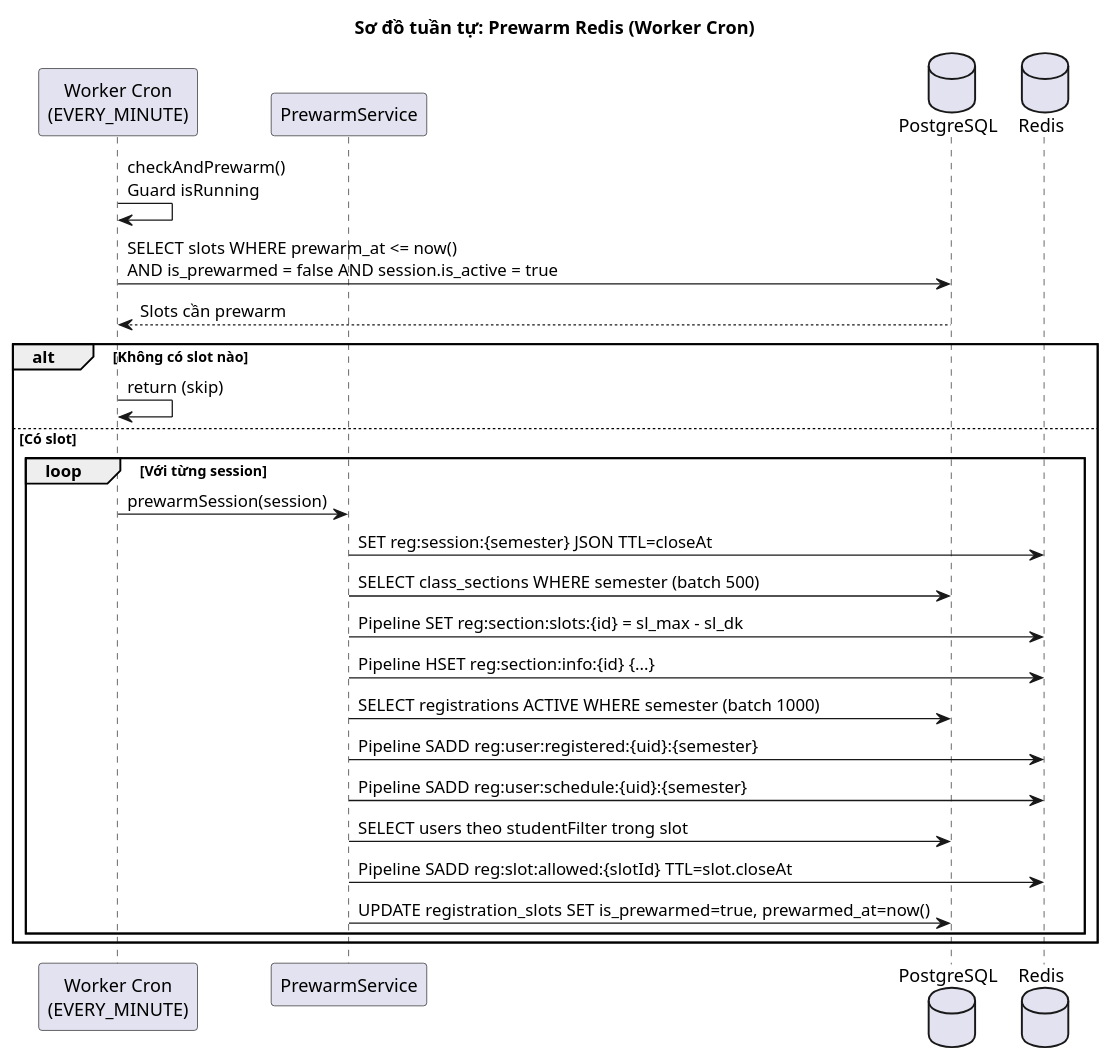
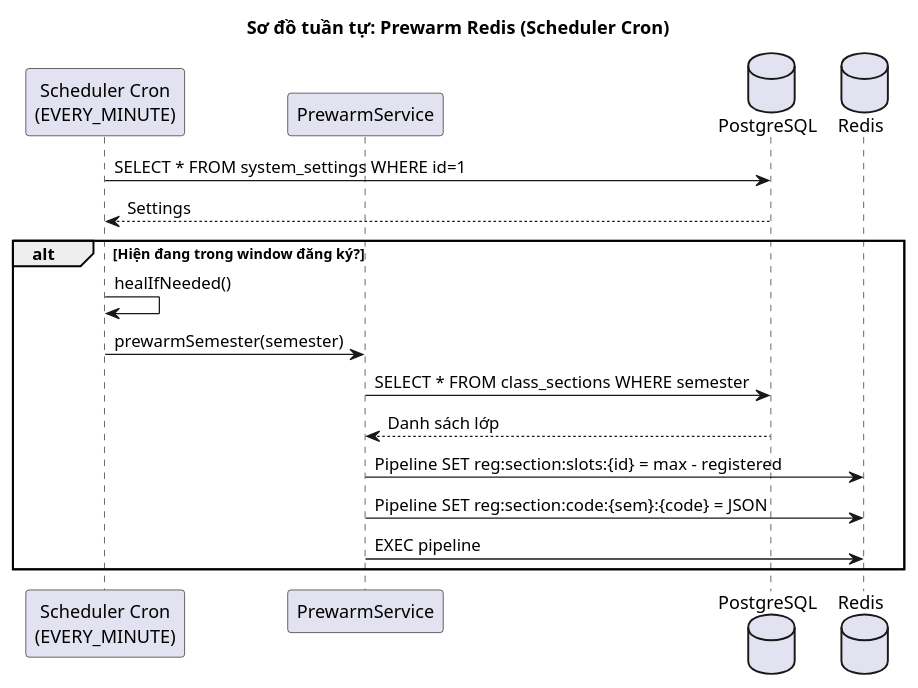
The fourth of 5 diagrams in docs/doc/sequence-diagrams.md (huyhuyqazwsx/do_an_tot_nghiep), drawn with PlantUML before and after one commit. The commit also changed other lines of this file and 5 other files, not shown here.

````diff
--- a/docs/doc/sequence-diagrams.md
+++ b/docs/doc/sequence-diagrams.md
@@ -232,35 +179,27 @@
 ```plantuml
 @startuml SD_Prewarm
-title Sơ đồ tuần tự: Prewarm Redis (Worker Cron)
+title Sơ đồ tuần tự: Prewarm Redis (Scheduler Cron)
 
-participant "Worker Cron\n(EVERY_MINUTE)" as Cron
+participant "Scheduler Cron\n(EVERY_MINUTE)" as Cron
 participant "PrewarmService" as PS
 database "PostgreSQL" as DB
 database "Redis" as Redis
 
-Cron -> Cron : checkAndPrewarm()\nGuard isRunning
+Cron -> DB : SELECT * FROM system_settings WHERE id=1
+DB --> Cron : Settings
 
-Cron -> DB : SELECT slots WHERE prewarm_at <= now()\nAND is_prewarmed = false AND session.is_active = true
-DB --> Cron : Slots cần prewarm
+alt Hiện đang trong window đăng ký?
+    Cron -> Cron : healIfNeeded()
 
-alt Không có slot nào
-    Cron -> Cron : return (skip)
-else Có slot
-    loop Với từng session
-        Cron -> PS : prewarmSession(session)
-
-        PS -> Redis : SET reg:session:{semester} JSON TTL=closeAt
-        PS -> DB : SELECT class_sections WHERE semester (batch 500)
-        PS -> Redis : Pipeline SET reg:section:slots:{id} = sl_max - sl_dk
-        PS -> Redis : Pipeline HSET reg:section:info:{id} {...}
-        PS -> DB : SELECT registrations ACTIVE WHERE semester (batch 1000)
-        PS -> Redis : Pipeline SADD reg:user:registered:{uid}:{semester}
-        PS -> Redis : Pipeline SADD reg:user:schedule:{uid}:{semester}
-        PS -> DB : SELECT users theo studentFilter trong slot
-        PS -> Redis : Pipeline SADD reg:slot:allowed:{slotId} TTL=slot.closeAt
-        PS -> DB : UPDATE registration_slots SET is_prewarmed=true, prewarmed_at=now()
-    end
+    Cron -> PS : prewarmSemester(semester)
+    
+    PS -> DB : SELECT * FROM class_sections WHERE semester
+    DB --> PS : Danh sách lớp
+    
+    PS -> Redis : Pipeline SET reg:section:slots:{id} = max - registered
+    PS -> Redis : Pipeline SET reg:section:code:{sem}:{code} = JSON
+    PS -> Redis : EXEC pipeline
 end
 
 @enduml
 ```
````
